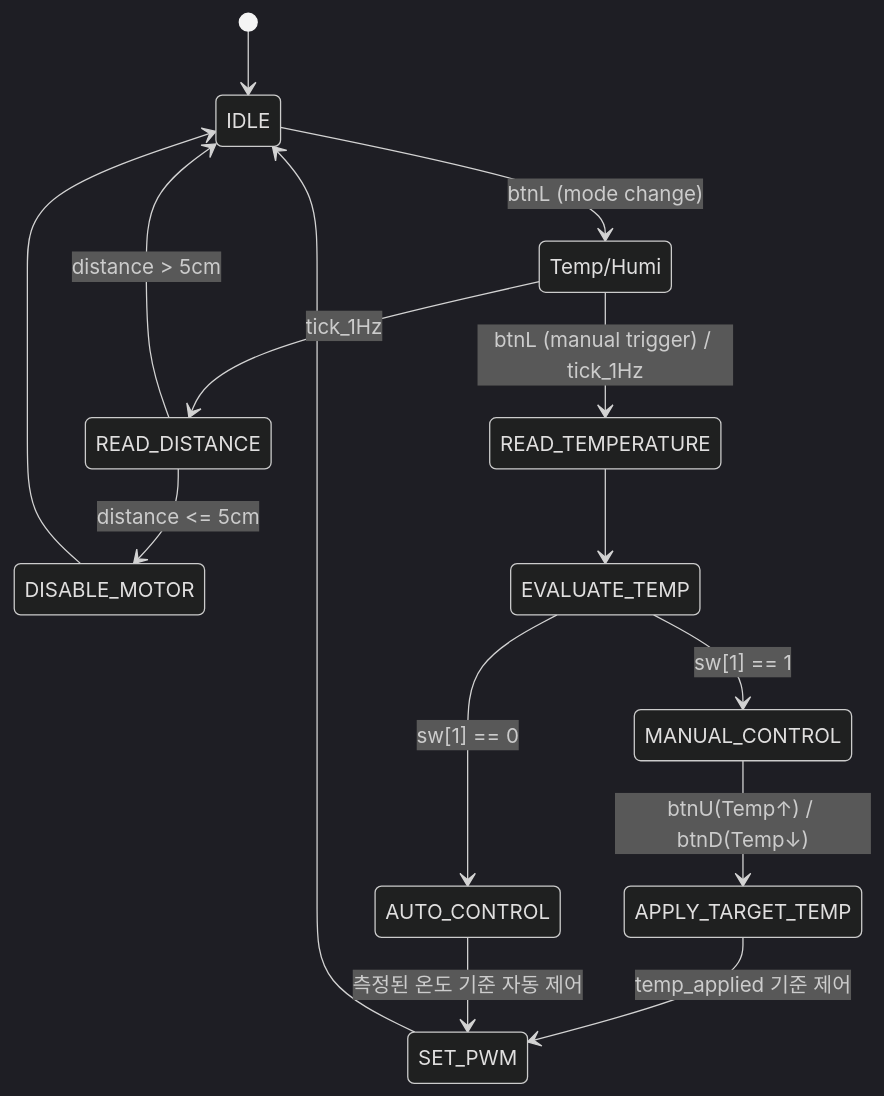
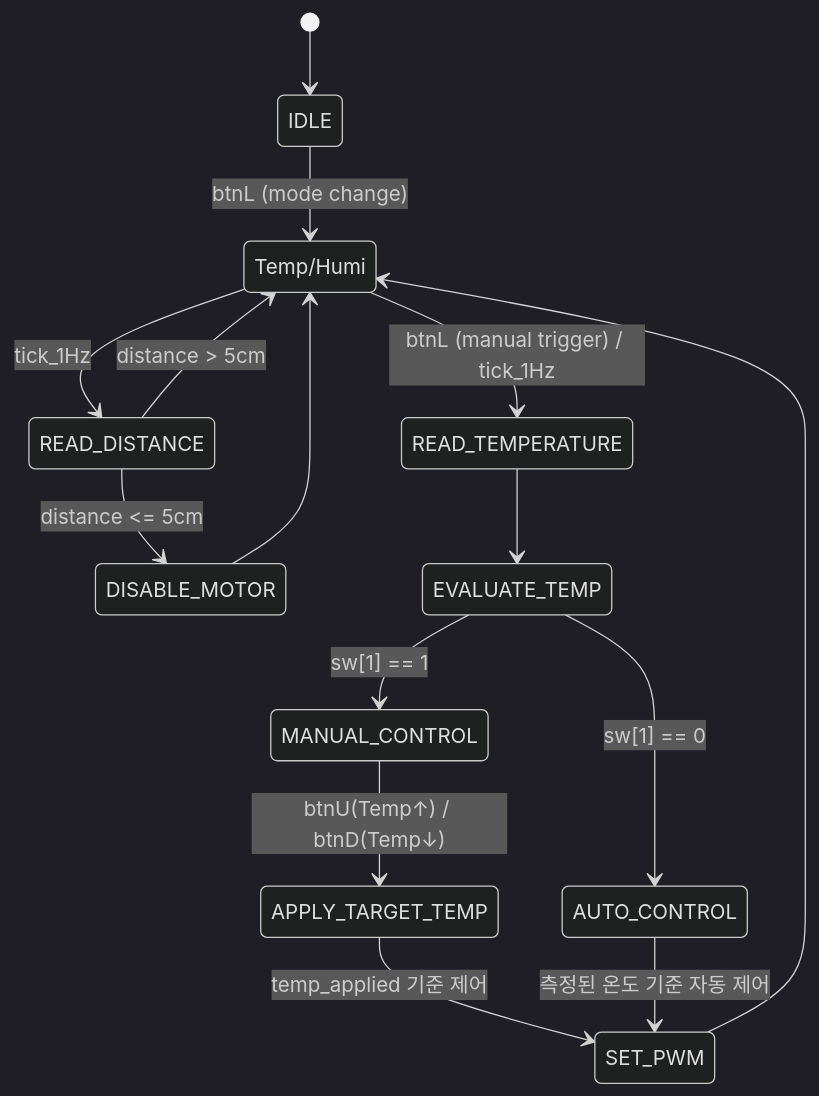
The third of 5 diagrams in 15.BESPOKE/README.md (SE0NGH0/AI_Verilog_HDL), drawn with Mermaid (dark theme) before and after one commit.

````diff
--- a/15.BESPOKE/README.md
+++ b/15.BESPOKE/README.md
@@ -94,17 +94,17 @@
 ```mermaid
 stateDiagram-v2
     [*] --> IDLE
     IDLE --> Temp/Humi: btnL (mode change)
     Temp/Humi --> READ_DISTANCE: tick_1Hz
     Temp/Humi --> READ_TEMPERATURE: btnL (manual trigger) / tick_1Hz
     READ_DISTANCE --> DISABLE_MOTOR: distance <= 5cm
-    READ_DISTANCE --> IDLE: distance > 5cm
+    READ_DISTANCE --> Temp/Humi: distance > 5cm
     READ_TEMPERATURE --> EVALUATE_TEMP
     EVALUATE_TEMP --> MANUAL_CONTROL: sw[1] == 1
     EVALUATE_TEMP --> AUTO_CONTROL: sw[1] == 0
     MANUAL_CONTROL --> APPLY_TARGET_TEMP: btnU(Temp↑) / btnD(Temp↓)
     APPLY_TARGET_TEMP --> SET_PWM: temp_applied 기준 제어
     AUTO_CONTROL --> SET_PWM: 측정된 온도 기준 자동 제어
-    SET_PWM --> IDLE
-    DISABLE_MOTOR --> IDLE
+    SET_PWM --> Temp/Humi
+    DISABLE_MOTOR --> Temp/Humi
 ```
````
